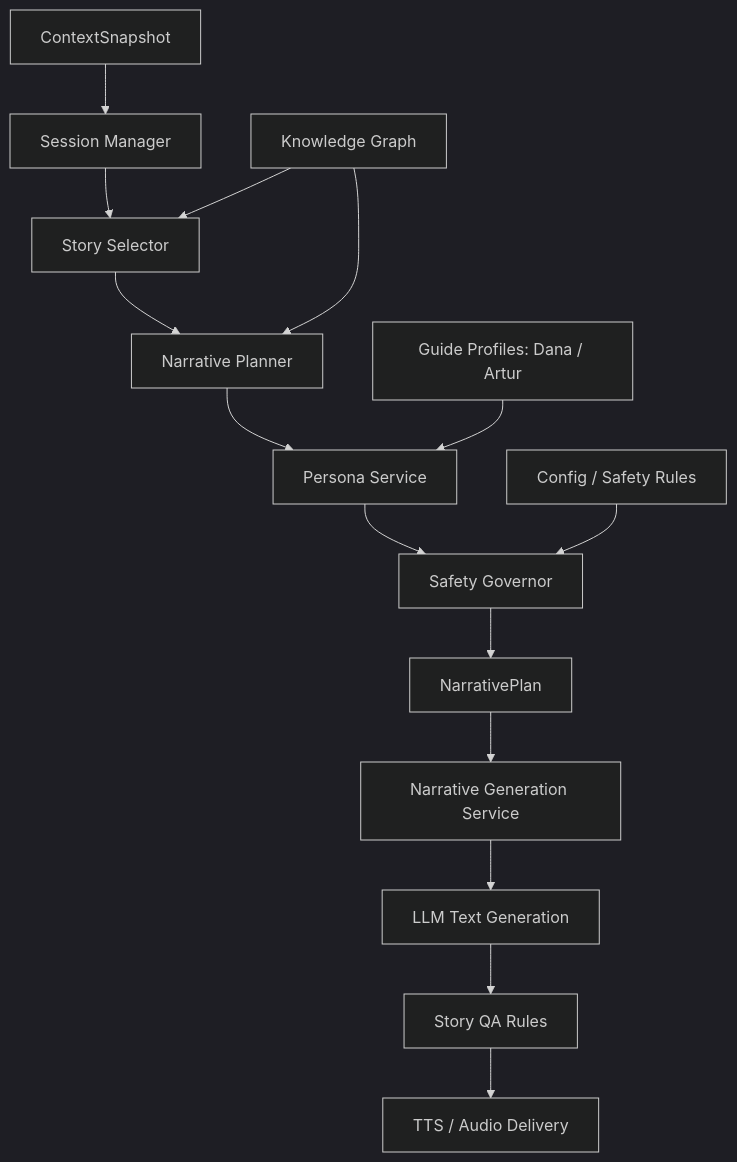
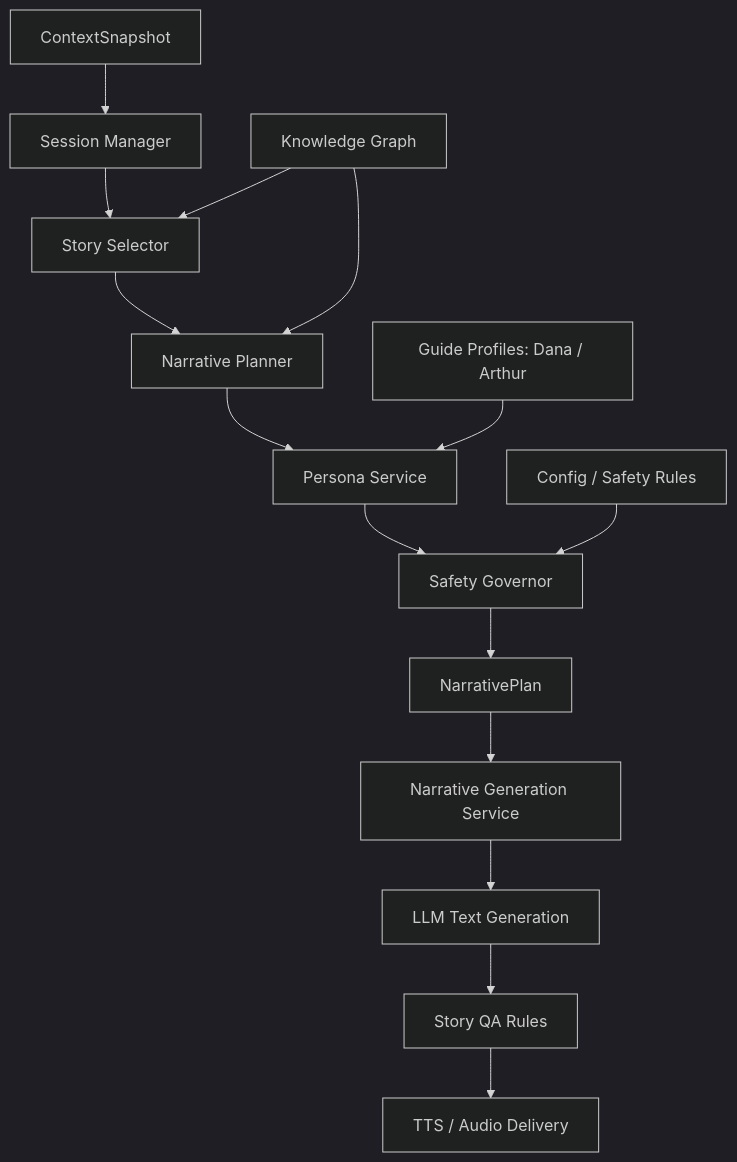
Before and after one commit to gris812/Hey-City: the diagram in docs/architecture/04-ai-guide-brain.md, drawn with Mermaid (dark theme). The commit also changed other lines of this file and 56 other files, not shown here.

````diff
--- a/docs/architecture/04-ai-guide-brain.md
+++ b/docs/architecture/04-ai-guide-brain.md
@@ -13,19 +13,19 @@
 ```mermaid
 flowchart TD
     A[ContextSnapshot] --> B[Session Manager]
     B --> C[Story Selector]
     C --> D[Narrative Planner]
     D --> E[Persona Service]
     E --> F[Safety Governor]
     F --> G[NarrativePlan]
 
     G --> H[Narrative Generation Service]
     H --> I[LLM Text Generation]
     I --> J[Story QA Rules]
     J --> K[TTS / Audio Delivery]
 
     KG[Knowledge Graph] --> C
     KG --> D
-    GP[Guide Profiles: Dana / Artur] --> E
+    GP[Guide Profiles: Dana / Arthur] --> E
     CFG[Config / Safety Rules] --> F
 ```
````
